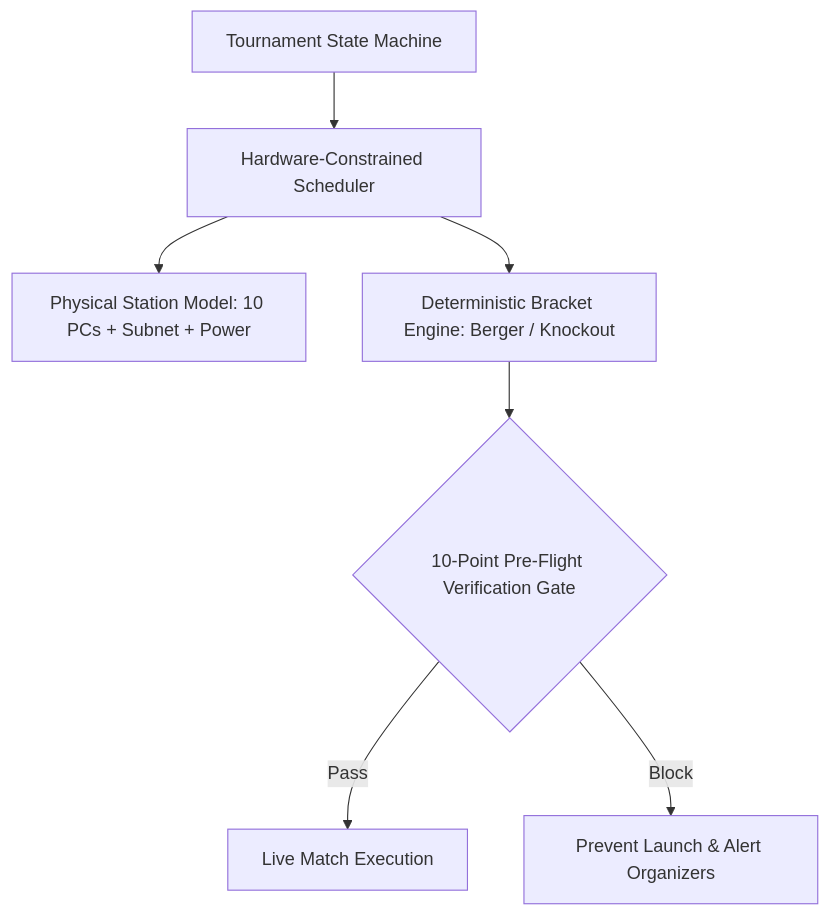
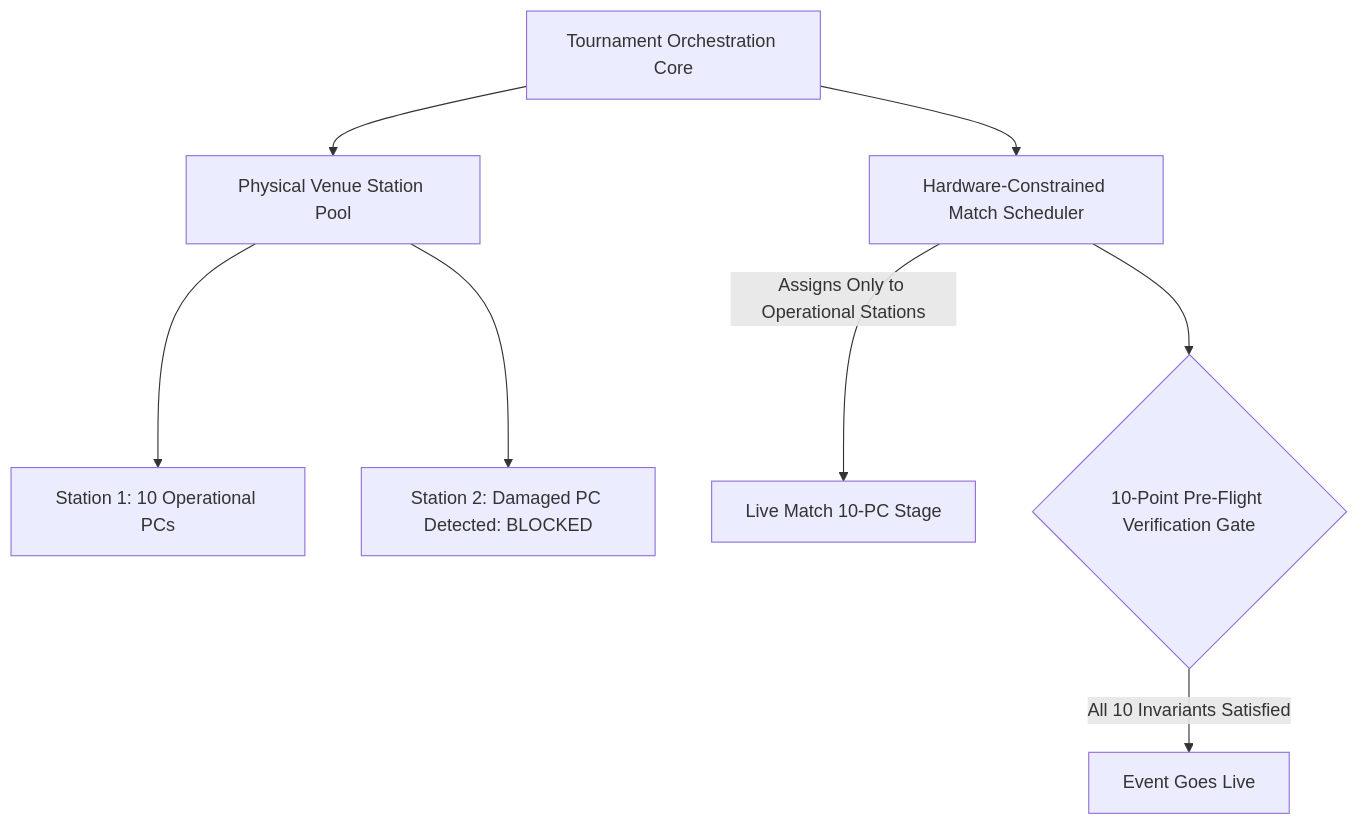
The diagram in docs/project-case-studies/realtime-operations-and-esports/valorant-tournament-operations.md (MasterZ1311/Dev-AURA), drawn with Mermaid before and after one commit. The commit also changed other lines of this file and 21 other files, not shown here.

````diff
--- a/docs/project-case-studies/realtime-operations-and-esports/valorant-tournament-operations.md
+++ b/docs/project-case-studies/realtime-operations-and-esports/valorant-tournament-operations.md
@@ -12,9 +32,10 @@
 ```mermaid
 graph TD
-    Tournament[Tournament State Machine] --> Scheduler[Hardware-Constrained Scheduler]
-    Scheduler --> PhysicalStations[Physical Station Model: 10 PCs + Subnet + Power]
-    Scheduler --> BracketEngine[Deterministic Bracket Engine: Berger / Knockout]
-    BracketEngine --> PreFlightGate{10-Point Pre-Flight Verification Gate}
-    PreFlightGate -->|Pass| LiveMatch[Live Match Execution]
-    PreFlightGate -->|Block| AdminAlert[Prevent Launch & Alert Organizers]
+    Tournament[Tournament Orchestration Core] --> StationPool[Physical Venue Station Pool]
+    StationPool --> StationA[Station 1: 10 Operational PCs]
+    StationPool --> StationB[Station 2: Damaged PC Detected: BLOCKED]
+    Tournament --> Scheduler[Hardware-Constrained Match Scheduler]
+    Scheduler -->|Assigns Only to Operational Stations| ActiveStage[Live Match 10-PC Stage]
+    Scheduler --> PreFlight{10-Point Pre-Flight Verification Gate}
+    PreFlight -->|All 10 Invariants Satisfied| Launch[Event Goes Live]
 ```
````
